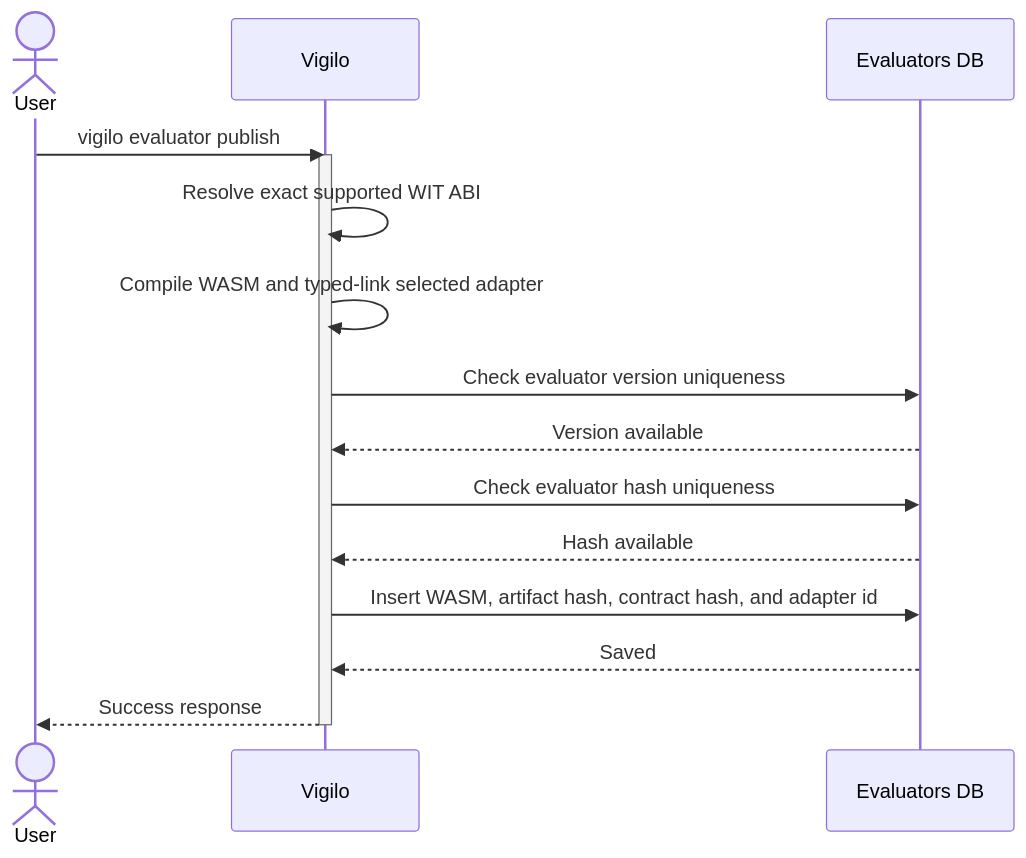
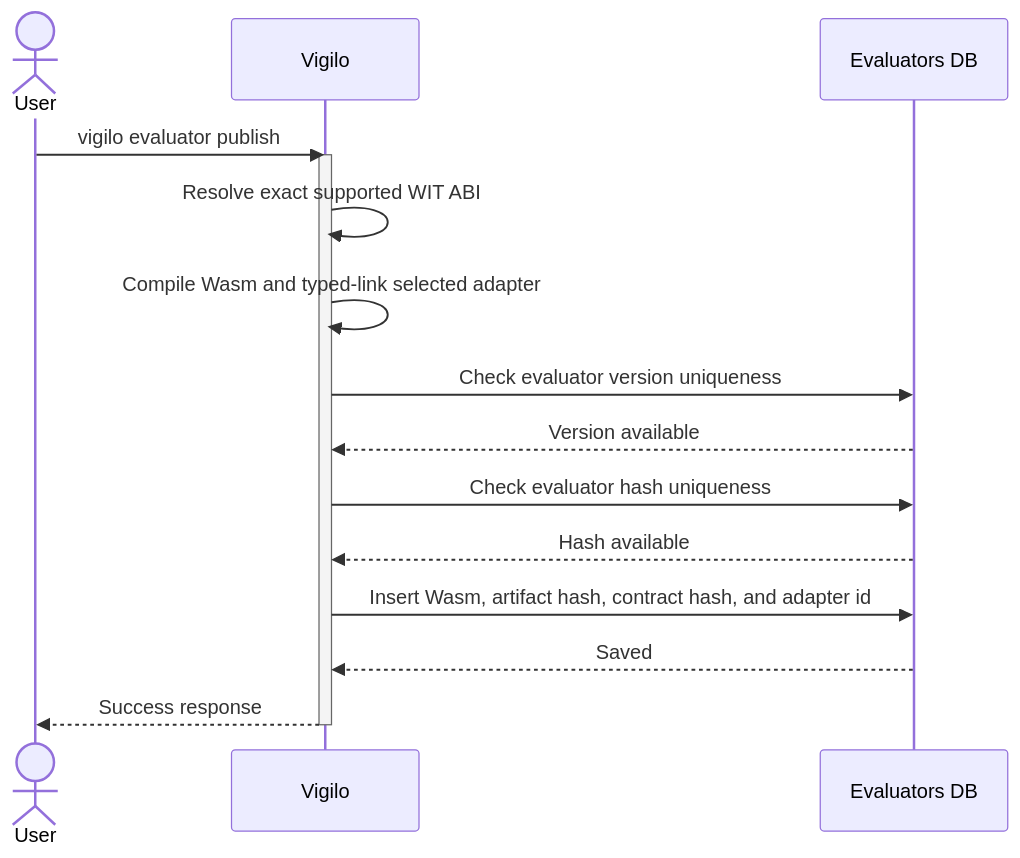
Before and after one commit to gregl83/agent-vigilo: the diagram in web/docs/architecture/flows/evaluators/publish/execution-flow.mmd, drawn with Mermaid. The commit also changed 38 other files, not shown here.

```diff
--- a/web/docs/architecture/flows/evaluators/publish/execution-flow.mmd
+++ b/web/docs/architecture/flows/evaluators/publish/execution-flow.mmd
@@ -1,29 +1,29 @@
 ---
 config:
   flowchart:
     nodeSpacing: 150
     rankSpacing: 80
   themeVariables:
     edgeLabelBackground: 'transparent'
 ---
 sequenceDiagram
     actor User
     participant Vigilo
     participant DB as Evaluators DB
 
     User->>Vigilo: vigilo evaluator publish
     activate Vigilo
 
     Vigilo->>Vigilo: Resolve exact supported WIT ABI
-    Vigilo->>Vigilo: Compile WASM and typed-link selected adapter
+    Vigilo->>Vigilo: Compile Wasm and typed-link selected adapter
     Vigilo->>DB: Check evaluator version uniqueness
     DB-->>Vigilo: Version available
 
     Vigilo->>DB: Check evaluator hash uniqueness
     DB-->>Vigilo: Hash available
 
-    Vigilo->>DB: Insert WASM, artifact hash, contract hash, and adapter id
+    Vigilo->>DB: Insert Wasm, artifact hash, contract hash, and adapter id
     DB-->>Vigilo: Saved
 
     Vigilo-->>User: Success response
     deactivate Vigilo
```
